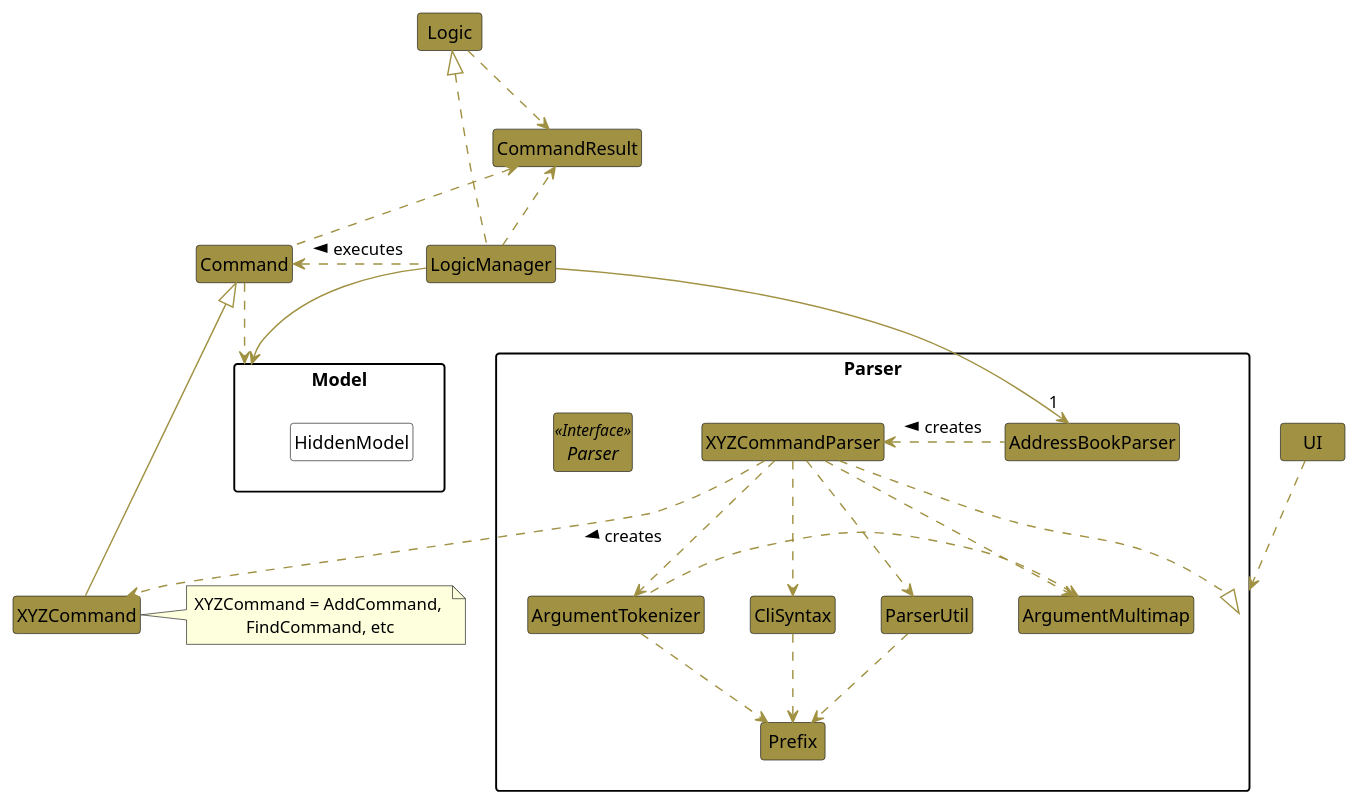
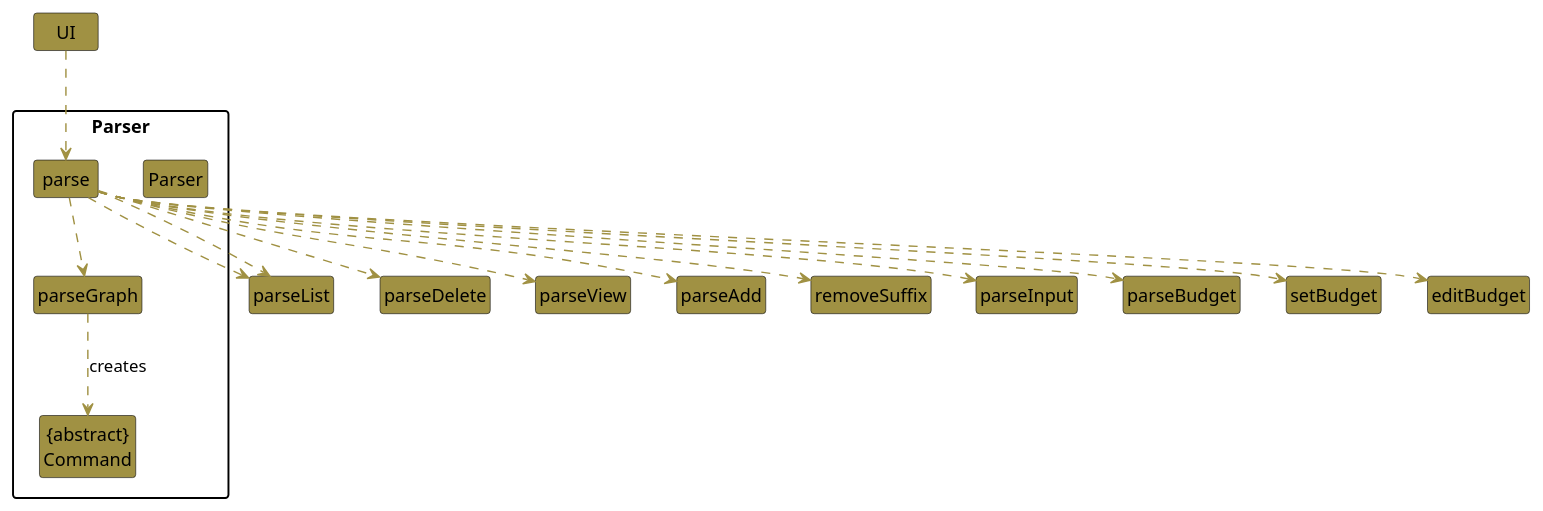
Before and after one commit to nusCS2113-AY1920S1/PersonalAssistant-Duke: the diagram in docs/images/UML/Parser.puml, drawn with PlantUML. The commit also changed 6 other files, not shown here.

```diff
--- a/docs/images/UML/Parser.puml
+++ b/docs/images/UML/Parser.puml
@@ -1,60 +1,41 @@
 @startuml
 skinparam arrowThickness 1.1
 skinparam arrowColor #A09143
 skinparam classBackgroundColor #A09143
 
 hide footbox
 hide members
 hide circle
 
 skinparam MinClassWidth 50
 skinparam ParticipantPadding 10
 skinparam Shadowing false
 skinparam DefaultTextAlignment center
 skinparam packageStyle Rectangle
 
 
 package Parser {
-Interface Parser <<Interface>>
-Class AddressBookParser
-Class XYZCommandParser
-Class CliSyntax
-Class ParserUtil
-Class ArgumentMultimap
-Class ArgumentTokenizer
-Class Prefix
+Class Parser
+Class "{abstract}\nCommand" as Command
+Class parse
+class parseGraph
 }
 
 
-package Model{
-Class HiddenModel #FFFFFF
-}
+UI ..> parse
+parse ..> parseGraph
+parse ..> parseList
+parse ..> parseDelete
+parse ..> parseView
+parse ..> parseAdd
+parse ..> removeSuffix
+parse ..> parseInput
+parse ..> parseBudget
+parse ..> setBudget
+parse ..> editBudget
+parse ..> parseList
 
-UI ..> Parser
+parseGraph ..> Command : creates
 
-LogicManager .up.|> Logic
-LogicManager -->"1" AddressBookParser
-AddressBookParser .left.> XYZCommandParser: creates >
 
-XYZCommandParser ..> XYZCommand : creates >
-XYZCommandParser ..|> Parser
-XYZCommandParser ..> ArgumentMultimap
-XYZCommandParser ..> ArgumentTokenizer
-ArgumentTokenizer .left.> ArgumentMultimap
-XYZCommandParser ..> CliSyntax
-CliSyntax ..> Prefix
-XYZCommandParser ..> ParserUtil
-ParserUtil .down.> Prefix
-ArgumentTokenizer .down.> Prefix
-XYZCommand -up-|> Command
-LogicManager .left.> Command : executes >
-
-LogicManager --> Model
-Command .right.> Model
-note right of XYZCommand: XYZCommand = AddCommand, \nFindCommand, etc
-
-Logic ..> CommandResult
-LogicManager .down.> CommandResult
-Command .up.> CommandResult
-CommandResult -[hidden]-> Parser
 @enduml
```
